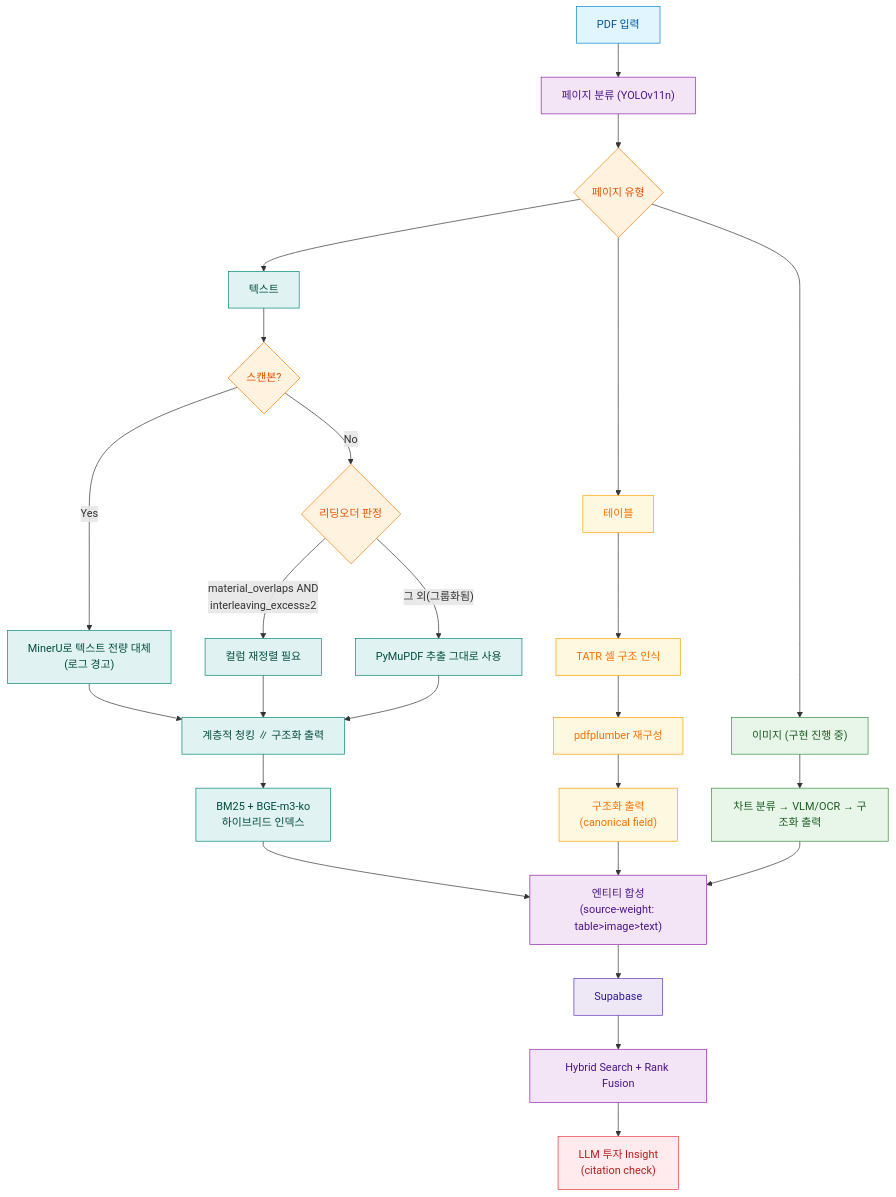
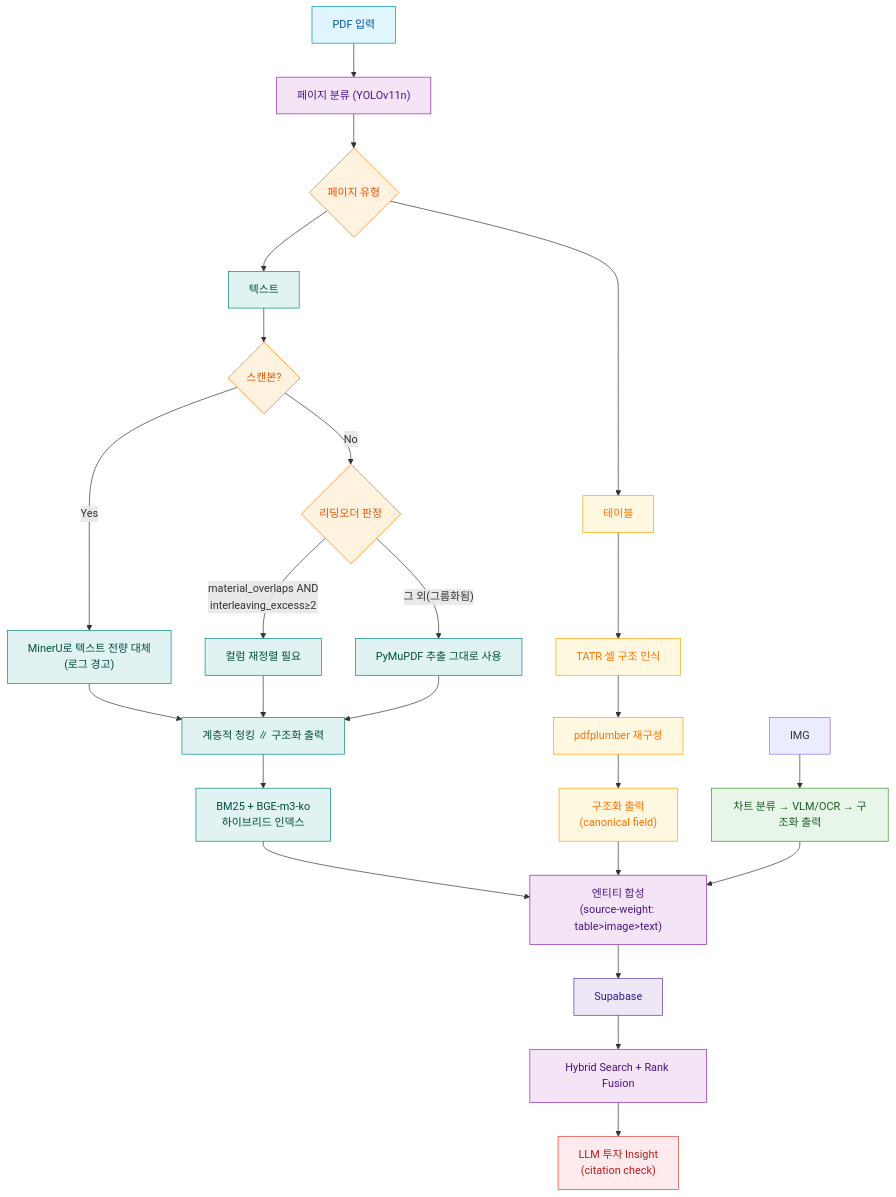
One commit to multiful/multimodality_RAG changed the diagram in README.md. Above: the diagram before and after it, drawn with Mermaid.

````diff
--- a/README.md
+++ b/README.md
@@ -9,38 +9,37 @@
 ```mermaid
 flowchart TD
     A["PDF 입력"]:::inputFill --> B["페이지 분류 (YOLOv11n)"]:::processFill
     B --> C{"페이지 유형"}:::branchFill
     C --> TXT["텍스트"]:::textFill
     C --> TAB["테이블"]:::tableFill
-    C --> IMG["이미지 (구현 진행 중)"]:::visionFill
 
     TXT --> SCAN{"스캔본?"}:::branchFill
     SCAN -->|Yes| MU["MinerU로 텍스트 전량 대체<br/>(로그 경고)"]:::textFill
     SCAN -->|No| RO{"리딩오더 판정"}:::branchFill
     RO -->|"material_overlaps AND<br/>interleaving_excess≥2"| HARD["컬럼 재정렬 필요"]:::textFill
     RO -->|"그 외(그룹화됨)"| PM["PyMuPDF 추출 그대로 사용"]:::textFill
     MU --> CHUNK["계층적 청킹 ∥ 구조화 출력"]:::textFill
     HARD --> CHUNK
     PM --> CHUNK
     CHUNK --> IDX["BM25 + BGE-m3-ko<br/>하이브리드 인덱스"]:::textFill
 
     TAB --> TATR["TATR 셀 구조 인식"]:::tableFill --> PLB["pdfplumber 재구성"]:::tableFill --> TABSO["구조화 출력<br/>(canonical field)"]:::tableFill
 
     IMG --> IMGSO["차트 분류 → VLM/OCR → 구조화 출력"]:::visionFill
 
     IDX --> FUSION["엔티티 합성<br/>(source-weight: table>image>text)"]:::processFill
     TABSO --> FUSION
     IMGSO --> FUSION
     FUSION --> DB["Supabase"]:::dbFill
     DB --> SEARCH["Hybrid Search + Rank Fusion"]:::processFill
     SEARCH --> LLM["LLM 투자 Insight<br/>(citation check)"]:::outputFill
 
     classDef inputFill fill:#E1F5FE,stroke:#0288D1,color:#01579B
     classDef branchFill fill:#FFF3E0,stroke:#F57C00,color:#E65100
     classDef processFill fill:#F3E5F5,stroke:#8E24AA,color:#4A148C
     classDef visionFill fill:#E8F5E9,stroke:#388E3C,color:#1B5E20
     classDef tableFill fill:#FFF8E1,stroke:#FFA000,color:#FF6F00
     classDef textFill fill:#E0F2F1,stroke:#00897B,color:#004D40
     classDef dbFill fill:#EDE7F6,stroke:#5E35B1,color:#311B92
     classDef outputFill fill:#FFEBEE,stroke:#E53935,color:#B71C1C
 ```
````
